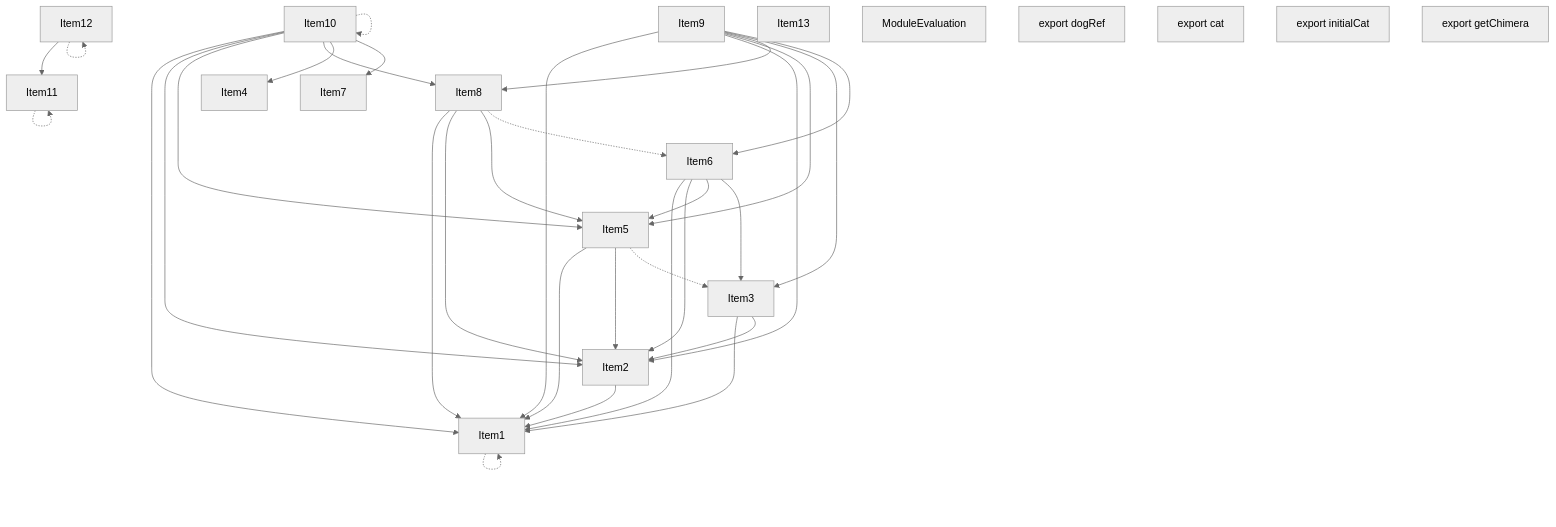
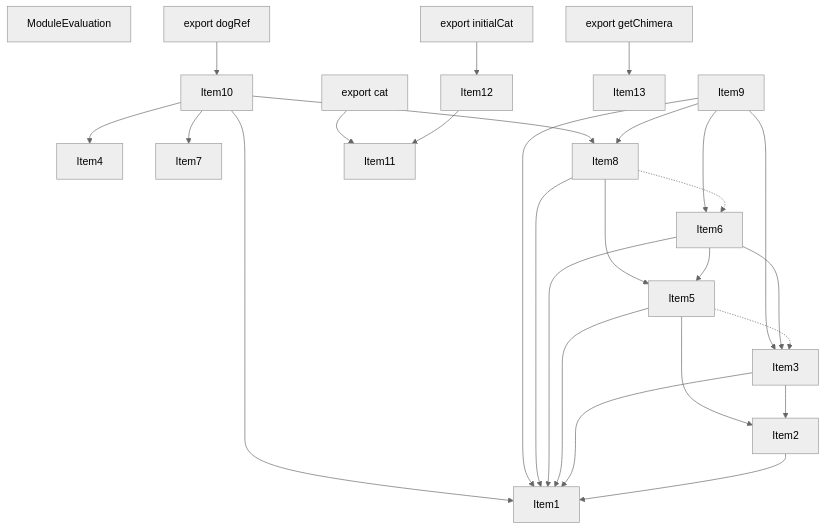
One commit to darkred/turbo changed the second of 5 diagrams in crates/turbopack-ecmascript/tests/tree-shaker/analyzer/complex/output.md. Above: the diagram before and after it, drawn with Mermaid (neutral theme). The commit also changed other lines of this file and 22 other files, not shown here.

````diff
--- a/crates/turbopack-ecmascript/tests/tree-shaker/analyzer/complex/output.md
+++ b/crates/turbopack-ecmascript/tests/tree-shaker/analyzer/complex/output.md
@@ -181,57 +181,51 @@
 ```mermaid
 graph TD
     Item1;
     Item2;
     Item3;
     Item4;
     Item5;
     Item6;
     Item7;
     Item8;
     Item9;
     Item10;
     Item11;
     Item12;
     Item13;
     Item14;
     Item14["ModuleEvaluation"];
     Item15;
     Item15["export dogRef"];
     Item16;
     Item16["export cat"];
     Item17;
     Item17["export initialCat"];
     Item18;
     Item18["export getChimera"];
-    Item1 -.-> Item1;
     Item2 --> Item1;
+    Item3 --> Item2;
     Item3 --> Item1;
-    Item3 --> Item2;
+    Item5 --> Item2;
     Item5 --> Item1;
-    Item5 --> Item2;
     Item5 -.-> Item3;
+    Item6 --> Item5;
     Item6 --> Item1;
-    Item6 --> Item2;
-    Item6 --> Item5;
     Item6 --> Item3;
+    Item8 --> Item5;
     Item8 --> Item1;
-    Item8 --> Item2;
-    Item8 --> Item5;
     Item8 -.-> Item6;
+    Item9 --> Item8;
     Item9 --> Item1;
-    Item9 --> Item2;
-    Item9 --> Item5;
-    Item9 --> Item8;
     Item9 --> Item3;
     Item9 --> Item6;
+    Item10 --> Item8;
     Item10 --> Item1;
-    Item10 --> Item2;
-    Item10 --> Item5;
-    Item10 --> Item8;
     Item10 --> Item4;
     Item10 --> Item7;
-    Item10 -.-> Item10;
-    Item11 -.-> Item11;
     Item12 --> Item11;
-    Item12 -.-> Item12;
+    Item15 --> Item10;
+    Item16 --> Item11;
+    Item17 --> Item12;
+    Item18 --> Item13;
 ```
````
